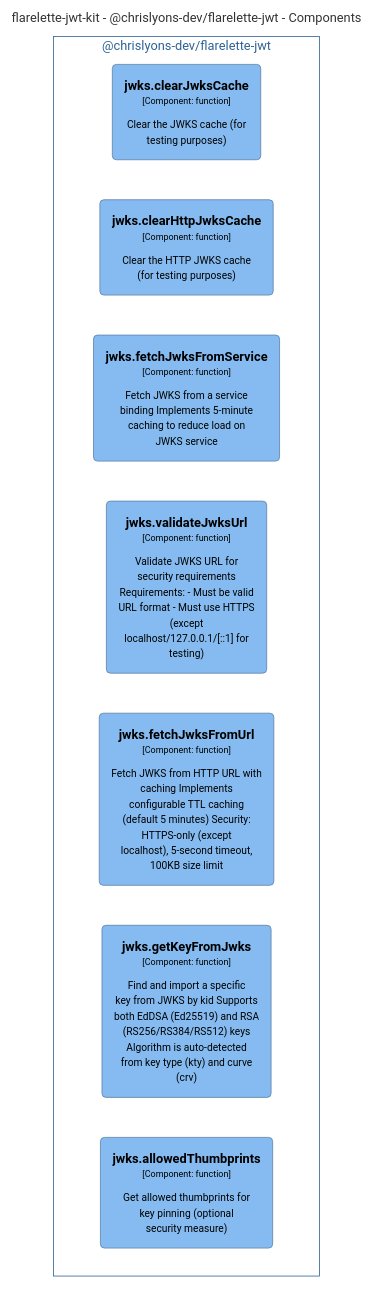
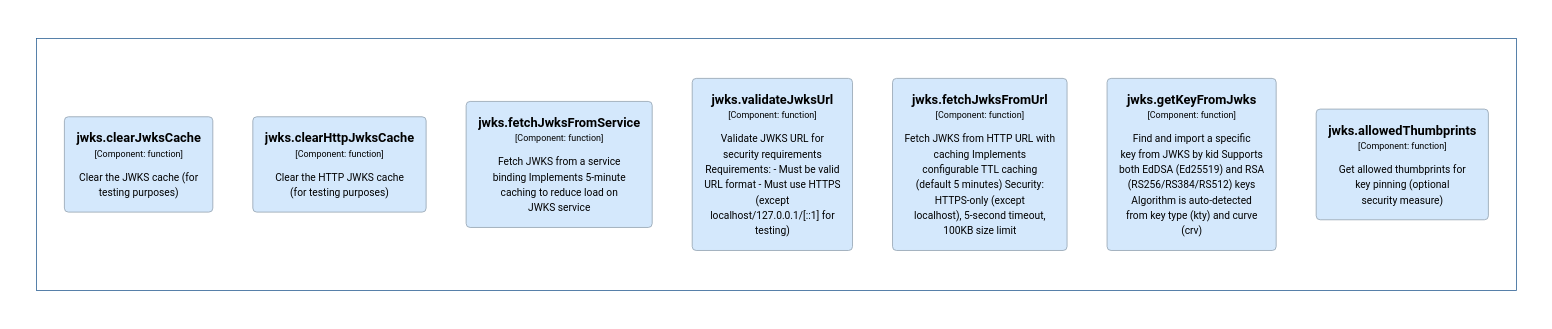
One commit to chrislyons-dev/flarelette-jwt-kit changed the diagram in docs/architecture/diagrams/mermaid/structurizr-Classes_chrislyons_dev_flarelette_jwt__jwks.mmd. Above: the diagram before and after it, drawn with Mermaid. The commit also changed 118 other files, not shown here.

```diff
--- a/docs/architecture/diagrams/mermaid/structurizr-Classes_chrislyons_dev_flarelette_jwt__jwks.mmd
+++ b/docs/architecture/diagrams/mermaid/structurizr-Classes_chrislyons_dev_flarelette_jwt__jwks.mmd
@@ -1,26 +1,26 @@
-graph TB
+graph LR
   linkStyle default fill:#ffffff
 
-  subgraph diagram ["flarelette-jwt-kit - @chrislyons-dev/flarelette-jwt - Components"]
+  subgraph diagram [" "]
     style diagram fill:#ffffff,stroke:#ffffff
 
-    subgraph 2 ["@chrislyons-dev/flarelette-jwt"]
+    subgraph 2 [" "]
       style 2 fill:#ffffff,stroke:#2e6295,color:#2e6295
 
-      34("<div style='font-weight: bold'>jwks.clearJwksCache</div><div style='font-size: 70%; margin-top: 0px'>[Component: function]</div><div style='font-size: 80%; margin-top:10px'>Clear the JWKS cache (for<br />testing purposes)</div>")
-      style 34 fill:#85bbf0,stroke:#5d82a8,color:#000000
-      35("<div style='font-weight: bold'>jwks.clearHttpJwksCache</div><div style='font-size: 70%; margin-top: 0px'>[Component: function]</div><div style='font-size: 80%; margin-top:10px'>Clear the HTTP JWKS cache<br />(for testing purposes)</div>")
-      style 35 fill:#85bbf0,stroke:#5d82a8,color:#000000
-      36("<div style='font-weight: bold'>jwks.fetchJwksFromService</div><div style='font-size: 70%; margin-top: 0px'>[Component: function]</div><div style='font-size: 80%; margin-top:10px'>Fetch JWKS from a service<br />binding Implements 5-minute<br />caching to reduce load on<br />JWKS service</div>")
-      style 36 fill:#85bbf0,stroke:#5d82a8,color:#000000
-      37("<div style='font-weight: bold'>jwks.validateJwksUrl</div><div style='font-size: 70%; margin-top: 0px'>[Component: function]</div><div style='font-size: 80%; margin-top:10px'>Validate JWKS URL for<br />security requirements<br />Requirements: - Must be valid<br />URL format - Must use HTTPS<br />(except<br />localhost/127.0.0.1/[::1] for<br />testing)</div>")
-      style 37 fill:#85bbf0,stroke:#5d82a8,color:#000000
-      38("<div style='font-weight: bold'>jwks.fetchJwksFromUrl</div><div style='font-size: 70%; margin-top: 0px'>[Component: function]</div><div style='font-size: 80%; margin-top:10px'>Fetch JWKS from HTTP URL with<br />caching Implements<br />configurable TTL caching<br />(default 5 minutes) Security:<br />HTTPS-only (except<br />localhost), 5-second timeout,<br />100KB size limit</div>")
-      style 38 fill:#85bbf0,stroke:#5d82a8,color:#000000
-      39("<div style='font-weight: bold'>jwks.getKeyFromJwks</div><div style='font-size: 70%; margin-top: 0px'>[Component: function]</div><div style='font-size: 80%; margin-top:10px'>Find and import a specific<br />key from JWKS by kid Supports<br />both EdDSA (Ed25519) and RSA<br />(RS256/RS384/RS512) keys<br />Algorithm is auto-detected<br />from key type (kty) and curve<br />(crv)</div>")
-      style 39 fill:#85bbf0,stroke:#5d82a8,color:#000000
-      40("<div style='font-weight: bold'>jwks.allowedThumbprints</div><div style='font-size: 70%; margin-top: 0px'>[Component: function]</div><div style='font-size: 80%; margin-top:10px'>Get allowed thumbprints for<br />key pinning (optional<br />security measure)</div>")
-      style 40 fill:#85bbf0,stroke:#5d82a8,color:#000000
+      38("<div style='font-weight: bold'>jwks.clearJwksCache</div><div style='font-size: 70%; margin-top: 0px'>[Component: function]</div><div style='font-size: 80%; margin-top:10px'>Clear the JWKS cache (for<br />testing purposes)</div>")
+      style 38 fill:#d4e8fc,stroke:#94a2b0,color:#000000
+      39("<div style='font-weight: bold'>jwks.clearHttpJwksCache</div><div style='font-size: 70%; margin-top: 0px'>[Component: function]</div><div style='font-size: 80%; margin-top:10px'>Clear the HTTP JWKS cache<br />(for testing purposes)</div>")
+      style 39 fill:#d4e8fc,stroke:#94a2b0,color:#000000
+      40("<div style='font-weight: bold'>jwks.fetchJwksFromService</div><div style='font-size: 70%; margin-top: 0px'>[Component: function]</div><div style='font-size: 80%; margin-top:10px'>Fetch JWKS from a service<br />binding Implements 5-minute<br />caching to reduce load on<br />JWKS service</div>")
+      style 40 fill:#d4e8fc,stroke:#94a2b0,color:#000000
+      41("<div style='font-weight: bold'>jwks.validateJwksUrl</div><div style='font-size: 70%; margin-top: 0px'>[Component: function]</div><div style='font-size: 80%; margin-top:10px'>Validate JWKS URL for<br />security requirements<br />Requirements: - Must be valid<br />URL format - Must use HTTPS<br />(except<br />localhost/127.0.0.1/[::1] for<br />testing)</div>")
+      style 41 fill:#d4e8fc,stroke:#94a2b0,color:#000000
+      42("<div style='font-weight: bold'>jwks.fetchJwksFromUrl</div><div style='font-size: 70%; margin-top: 0px'>[Component: function]</div><div style='font-size: 80%; margin-top:10px'>Fetch JWKS from HTTP URL with<br />caching Implements<br />configurable TTL caching<br />(default 5 minutes) Security:<br />HTTPS-only (except<br />localhost), 5-second timeout,<br />100KB size limit</div>")
+      style 42 fill:#d4e8fc,stroke:#94a2b0,color:#000000
+      43("<div style='font-weight: bold'>jwks.getKeyFromJwks</div><div style='font-size: 70%; margin-top: 0px'>[Component: function]</div><div style='font-size: 80%; margin-top:10px'>Find and import a specific<br />key from JWKS by kid Supports<br />both EdDSA (Ed25519) and RSA<br />(RS256/RS384/RS512) keys<br />Algorithm is auto-detected<br />from key type (kty) and curve<br />(crv)</div>")
+      style 43 fill:#d4e8fc,stroke:#94a2b0,color:#000000
+      44("<div style='font-weight: bold'>jwks.allowedThumbprints</div><div style='font-size: 70%; margin-top: 0px'>[Component: function]</div><div style='font-size: 80%; margin-top:10px'>Get allowed thumbprints for<br />key pinning (optional<br />security measure)</div>")
+      style 44 fill:#d4e8fc,stroke:#94a2b0,color:#000000
     end
 
   end
```
